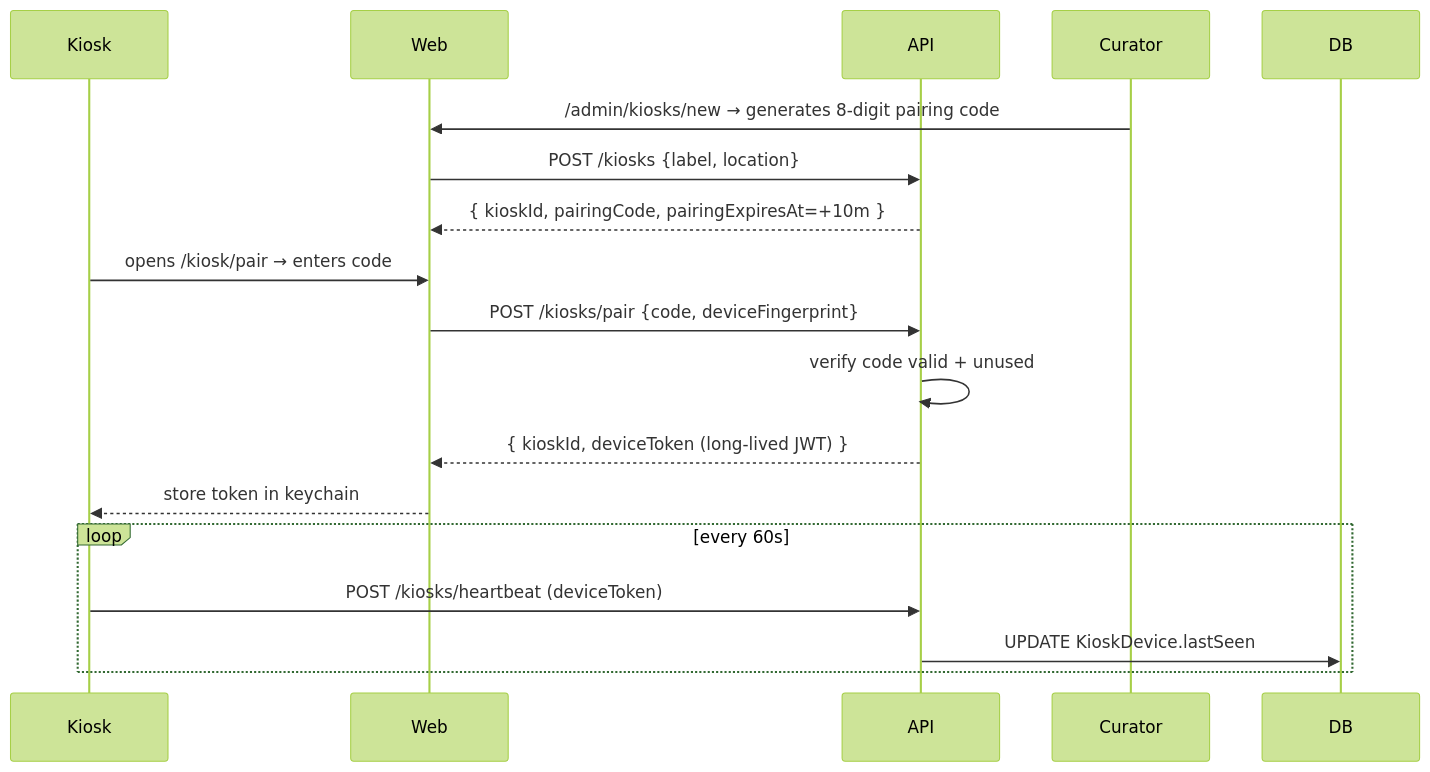
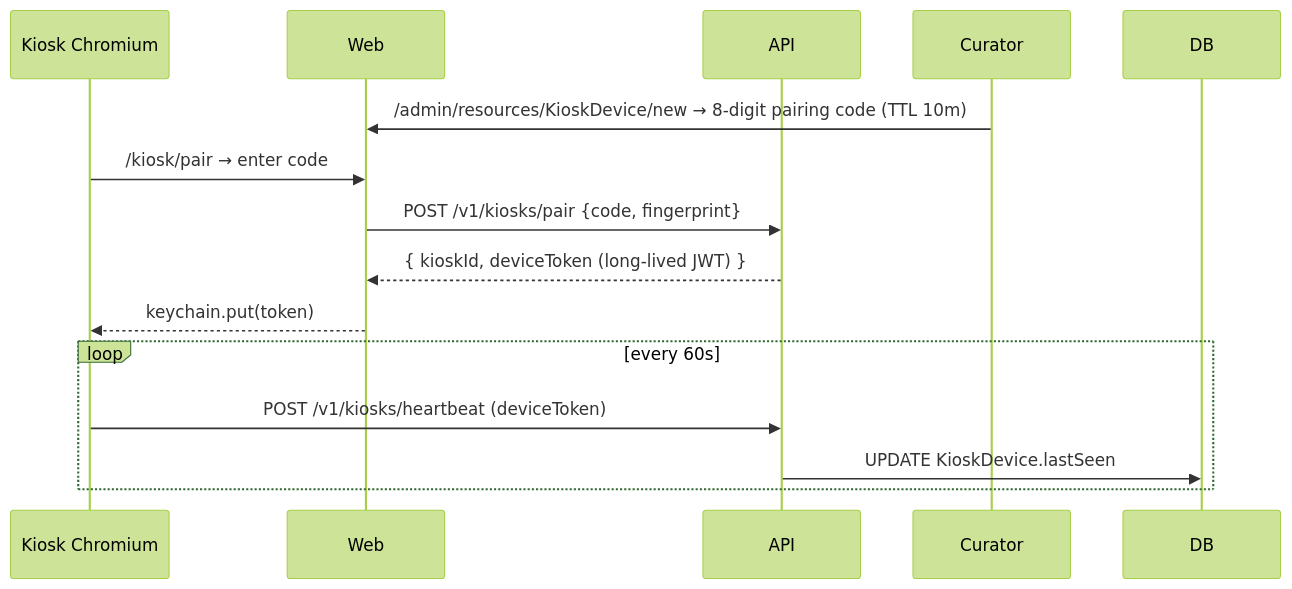
The sixth of 6 diagrams in production/docs/system-design.md (hsn07pk/BloomOulu), drawn with Mermaid (forest theme) before and after one commit. The commit also changed other lines of this file and 4 other files, not shown here.

````diff
--- a/production/docs/system-design.md
+++ b/production/docs/system-design.md
@@ -147,22 +194,17 @@
 ```mermaid
 sequenceDiagram
-  participant K as Kiosk
+  participant K as Kiosk Chromium
   participant W as Web
   participant A as API
   participant C as Curator
 
-  C->>W: /admin/kiosks/new → generates 8-digit pairing code
-  W->>A: POST /kiosks {label, location}
-  A-->>W: { kioskId, pairingCode, pairingExpiresAt=+10m }
-
-  K->>W: opens /kiosk/pair → enters code
-  W->>A: POST /kiosks/pair {code, deviceFingerprint}
-  A->>A: verify code valid + unused
+  C->>W: /admin/resources/KioskDevice/new → 8-digit pairing code (TTL 10m)
+  K->>W: /kiosk/pair → enter code
+  W->>A: POST /v1/kiosks/pair {code, fingerprint}
   A-->>W: { kioskId, deviceToken (long-lived JWT) }
-  W-->>K: store token in keychain
-
+  W-->>K: keychain.put(token)
   loop every 60s
-    K->>A: POST /kiosks/heartbeat (deviceToken)
+    K->>A: POST /v1/kiosks/heartbeat (deviceToken)
     A->>DB: UPDATE KioskDevice.lastSeen
   end
 ```
````
